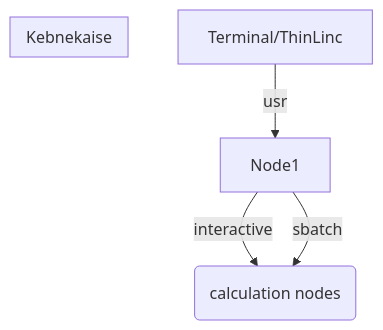
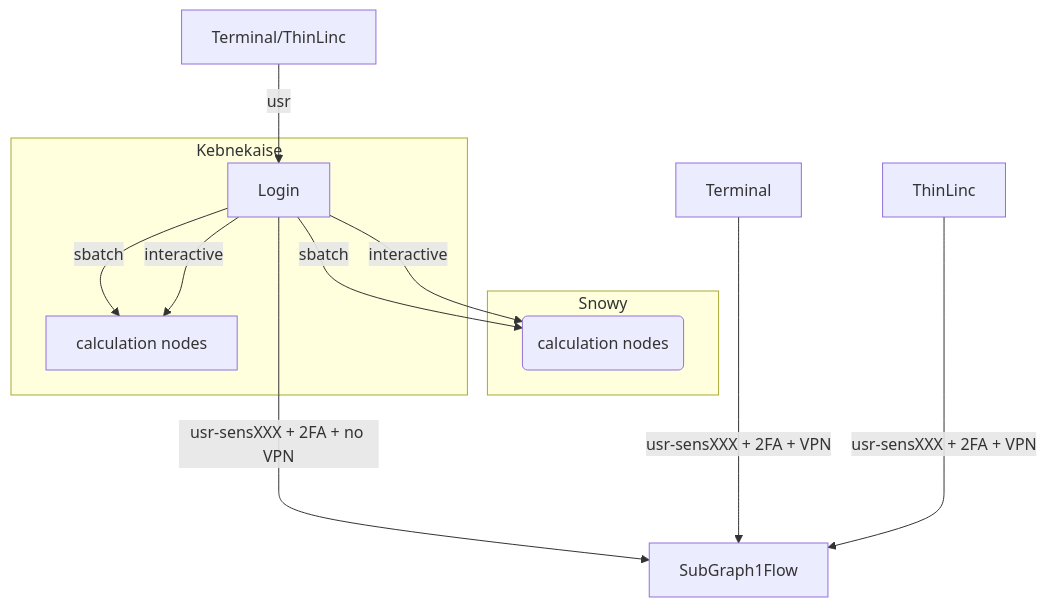
The diagram in docs/mermaid/kebnekaise.mmd (UPPMAX/R-python-julia-matlab-HPC), drawn with Mermaid before and after one commit.

```diff
--- a/docs/mermaid/kebnekaise.mmd
+++ b/docs/mermaid/kebnekaise.mmd
@@ -1,11 +1,18 @@
-  graph TB
+ graph TB
 
   Node1 -- interactive --> SubGraph2Flow
   Node1 -- sbatch --> SubGraph2Flow
+  subgraph "Snowy"
   SubGraph2Flow(calculation nodes) 
+        end
 
+        ThinLinc -- usr-sensXXX + 2FA + VPN ----> SubGraph1Flow
+        Terminal/ThinLinc -- usr --> Node1
+        Terminal -- usr-sensXXX + 2FA + VPN ----> SubGraph1Flow
+        Node1 -- usr-sensXXX + 2FA + no VPN ----> SubGraph1Flow
+        
 
-        Terminal/ThinLinc -- usr --> Node1
-        
         subgraph "Kebnekaise"
+        Node1[Login] -- interactive --> Node2[calculation nodes]
+        Node1 -- sbatch --> Node2
         end
```
